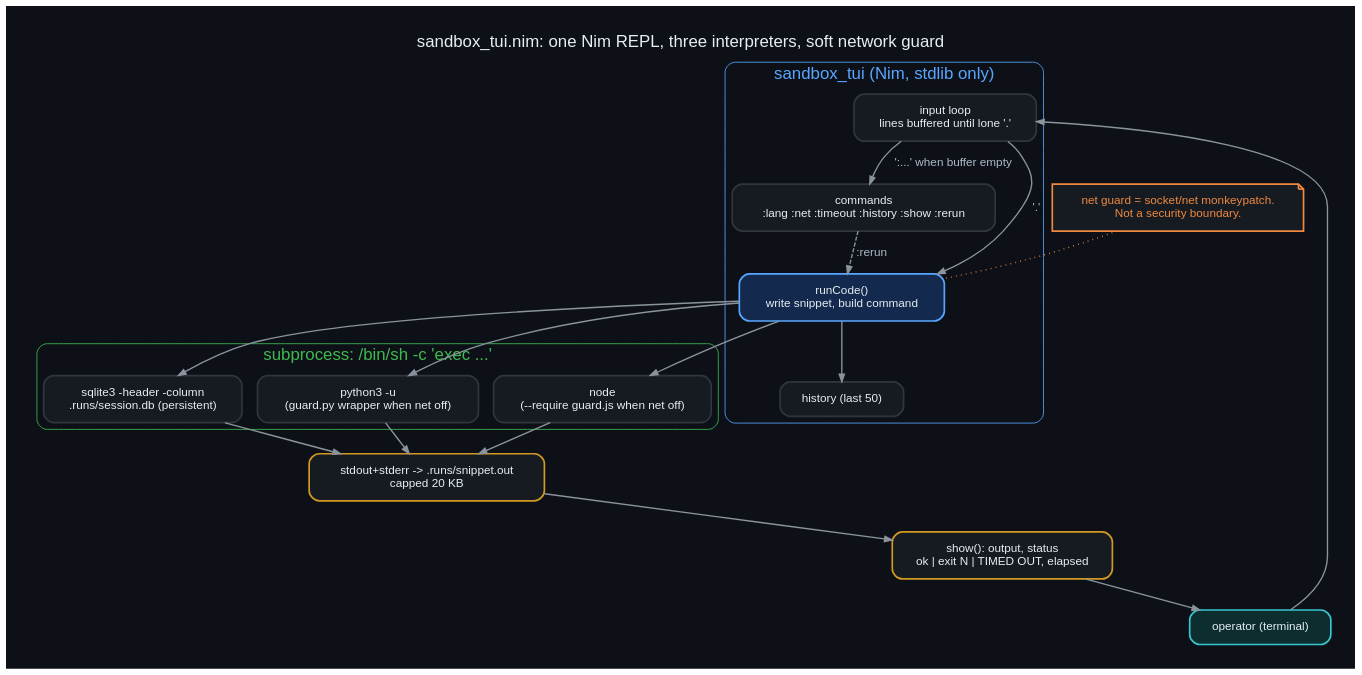
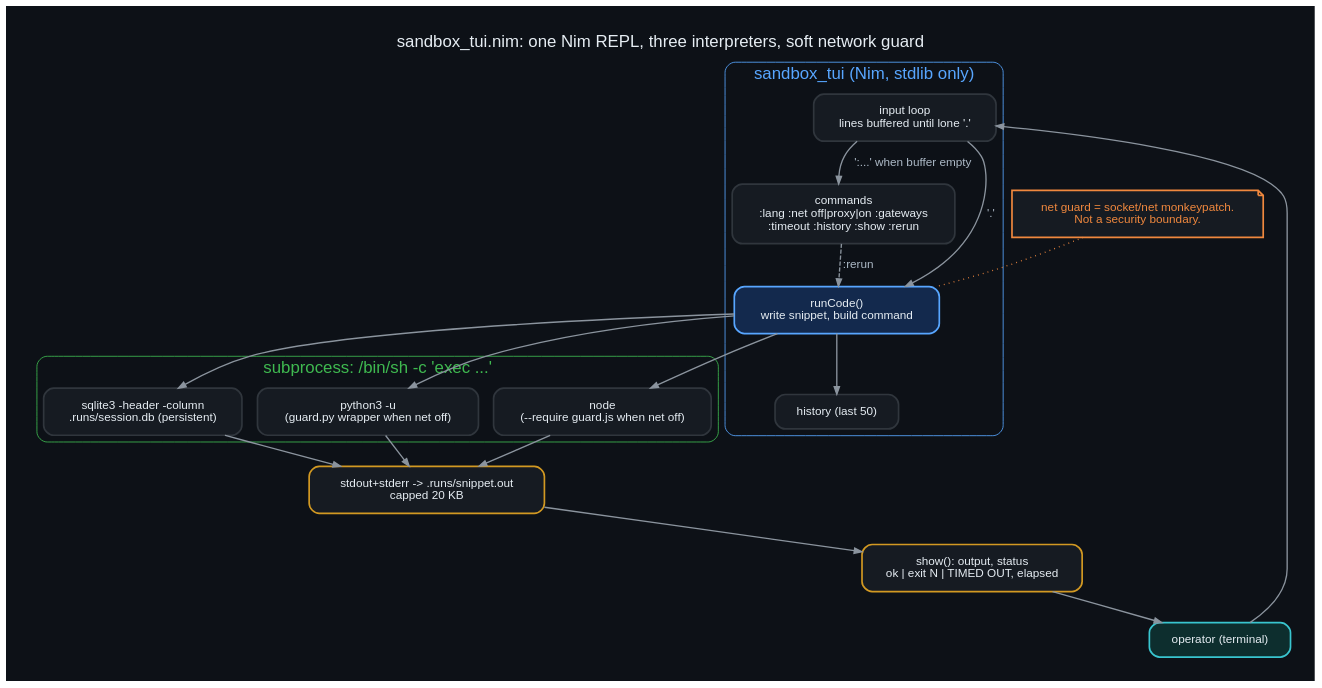
The diagram in diagrams/02_sandbox_tui_architecture.dot (danindiana/nim-compute-sandbox-tui), drawn with Graphviz before and after one commit. The commit also changed 24 other files, not shown here.

Commit message:
Add egress proxy with credential injection; :net proxy mode; env scrubbing; diagrams 09-11

```diff
--- a/diagrams/02_sandbox_tui_architecture.dot
+++ b/diagrams/02_sandbox_tui_architecture.dot
@@ -1,14 +1,14 @@
 digraph arch {
  graph [bgcolor="#0d1117", fontname="Helvetica", fontcolor="#e6edf3", labelloc="t", fontsize=20, pad=0.4];
  node [fontname="Helvetica", fontcolor="#e6edf3", color="#30363d", style="filled,rounded", shape=box, penwidth=2, margin="0.25,0.18", fillcolor="#161b22"];
  edge [color="#8b949e", fontname="Helvetica", fontcolor="#adbac7", penwidth=1.6, arrowsize=0.9]; rankdir=TB; label="sandbox_tui.nim: one Nim REPL, three interpreters, soft network guard";
  user [label="operator (terminal)", color="#39c5cf", fillcolor="#0d2e2e"];
  subgraph cluster_nim { label="sandbox_tui (Nim, stdlib only)"; style=rounded; color="#58a6ff"; fontcolor="#58a6ff";
-  loop [label="input loop\nlines buffered until lone '.'"]; cmd [label="commands\n:lang :net :timeout :history :show :rerun"]; run [label="runCode()\nwrite snippet, build command", color="#58a6ff", fillcolor="#13294d"]; hist [label="history (last 50)"]; }
+  loop [label="input loop\nlines buffered until lone '.'"]; cmd [label="commands\n:lang :net off|proxy|on :gateways\n:timeout :history :show :rerun"]; run [label="runCode()\nwrite snippet, build command", color="#58a6ff", fillcolor="#13294d"]; hist [label="history (last 50)"]; }
  subgraph cluster_sub { label="subprocess: /bin/sh -c 'exec ...'"; style=rounded; color="#3fb950"; fontcolor="#3fb950";
   py [label="python3 -u\n(guard.py wrapper when net off)"]; js [label="node\n(--require guard.js when net off)"]; sql [label="sqlite3 -header -column\n.runs/session.db (persistent)"]; }
  out [label="stdout+stderr -> .runs/snippet.out\ncapped 20 KB", color="#d29922"];
  show [label="show(): output, status\nok | exit N | TIMED OUT, elapsed", color="#d29922"];
  user->loop; loop->cmd [label="':...' when buffer empty"]; loop->run [label="'.'"]; run->py; run->js; run->sql; py->out; js->out; sql->out; out->show->user; run->hist; cmd->run [label=":rerun", style=dashed];
  note [shape=note, color="#f0883e", fontcolor="#f0883e", label="net guard = socket/net monkeypatch.\nNot a security boundary."]; note->run [style=dotted, arrowhead=none, color="#f0883e"];
 }
```
